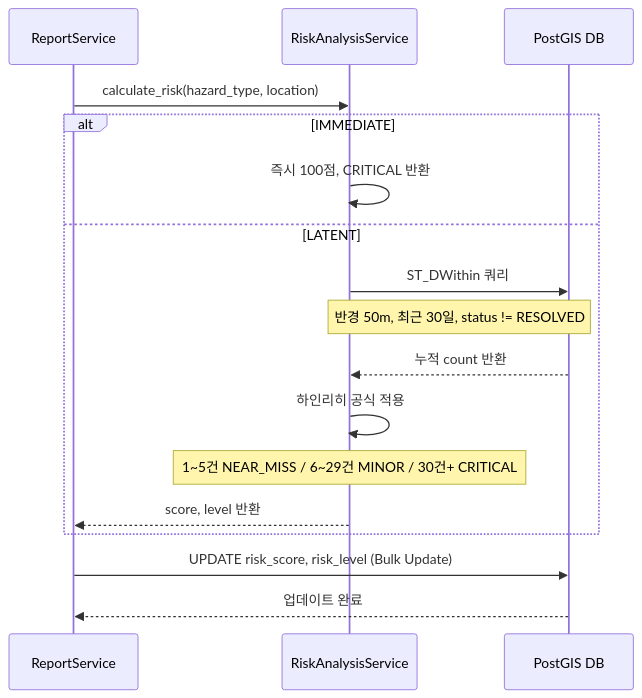
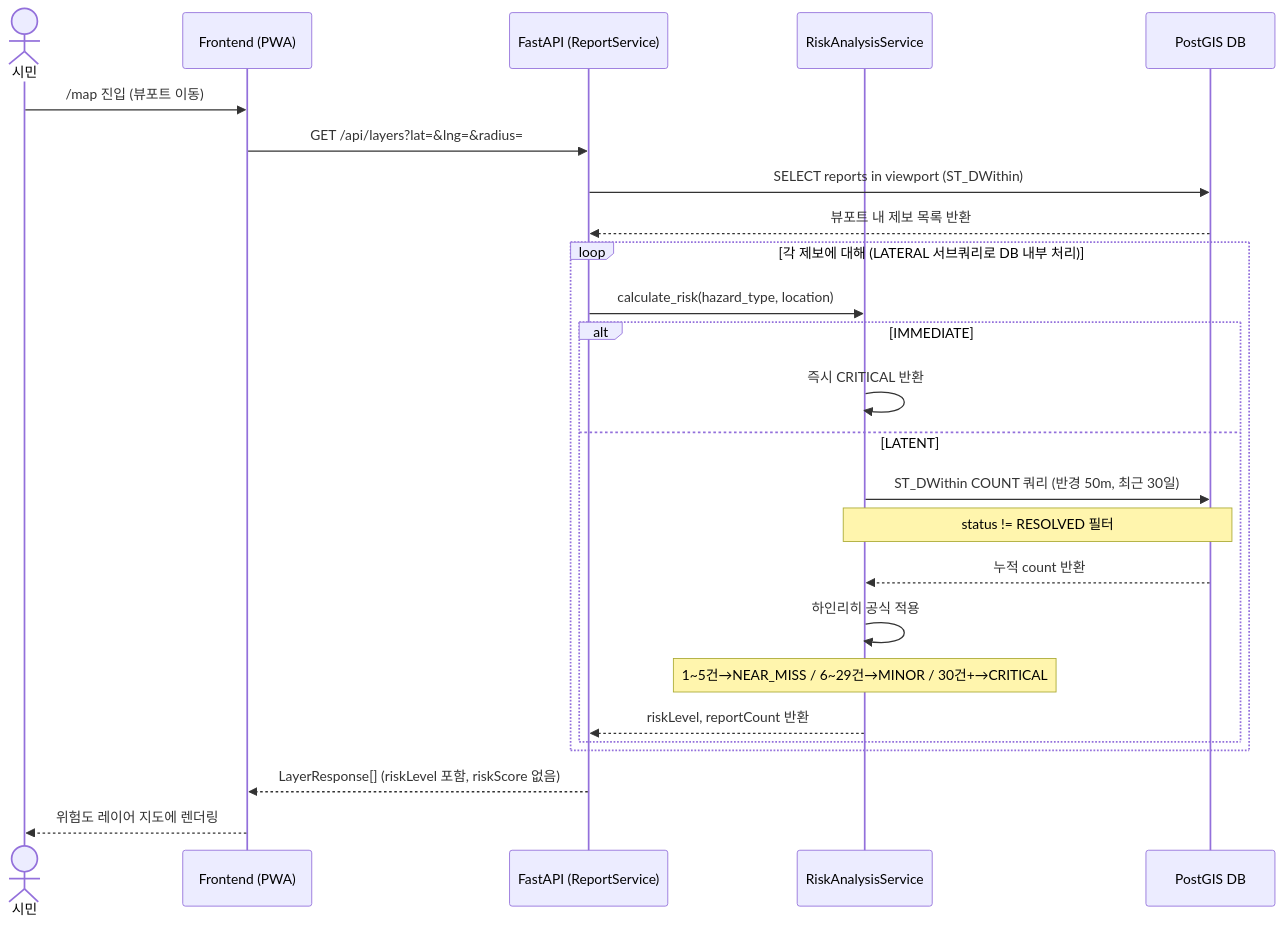
One commit to Heinrich-Safety-Platform/heinrich-backend changed the second of 4 diagrams in docs/UML.md. Above: the diagram before and after it, drawn with Mermaid. The commit also changed other lines of this file and 4 other files, not shown here.

First line of the commit message:
refactor: risk 파생 컬럼 제거 및 Stateless GET /api/layers 도입

````diff
--- a/docs/UML.md
+++ b/docs/UML.md
@@ -37,20 +36,28 @@
 ```mermaid
 sequenceDiagram
-    participant RS as ReportService
+    actor 시민
+    participant FE as Frontend (PWA)
+    participant BE as FastAPI (ReportService)
     participant RA as RiskAnalysisService
     participant DB as PostGIS DB
 
-    RS->>RA: calculate_risk(hazard_type, location)
-    alt IMMEDIATE
-        RA->>RA: 즉시 100점, CRITICAL 반환
-    else LATENT
-        RA->>DB: ST_DWithin 쿼리
-        Note over RA,DB: 반경 50m, 최근 30일, status != RESOLVED
-        DB-->>RA: 누적 count 반환
-        RA->>RA: 하인리히 공식 적용
-        Note over RA: 1~5건 NEAR_MISS / 6~29건 MINOR / 30건+ CRITICAL
-        RA-->>RS: score, level 반환
+    시민->>FE: /map 진입 (뷰포트 이동)
+    FE->>BE: GET /api/layers?lat=&lng=&radius=
+    BE->>DB: SELECT reports in viewport (ST_DWithin)
+    DB-->>BE: 뷰포트 내 제보 목록 반환
+    loop 각 제보에 대해 (LATERAL 서브쿼리로 DB 내부 처리)
+        BE->>RA: calculate_risk(hazard_type, location)
+        alt IMMEDIATE
+            RA->>RA: 즉시 CRITICAL 반환
+        else LATENT
+            RA->>DB: ST_DWithin COUNT 쿼리 (반경 50m, 최근 30일)
+            Note over RA,DB: status != RESOLVED 필터
+            DB-->>RA: 누적 count 반환
+            RA->>RA: 하인리히 공식 적용
+            Note over RA: 1~5건→NEAR_MISS / 6~29건→MINOR / 30건+→CRITICAL
+            RA-->>BE: riskLevel, reportCount 반환
+        end
     end
-    RS->>DB: UPDATE risk_score, risk_level (Bulk Update)
-    DB-->>RS: 업데이트 완료
+    BE-->>FE: LayerResponse[] (riskLevel 포함, riskScore 없음)
+    FE-->>시민: 위험도 레이어 지도에 렌더링
 ```
````
